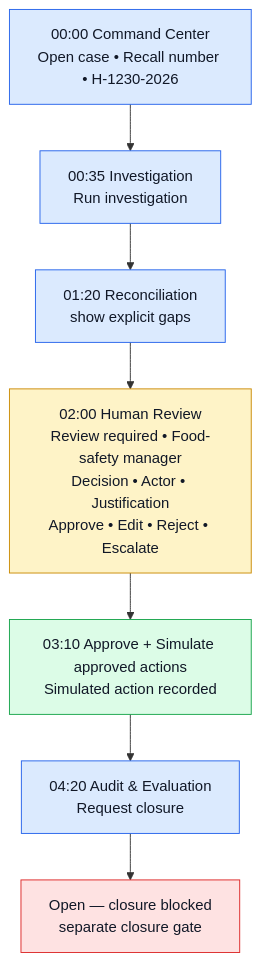
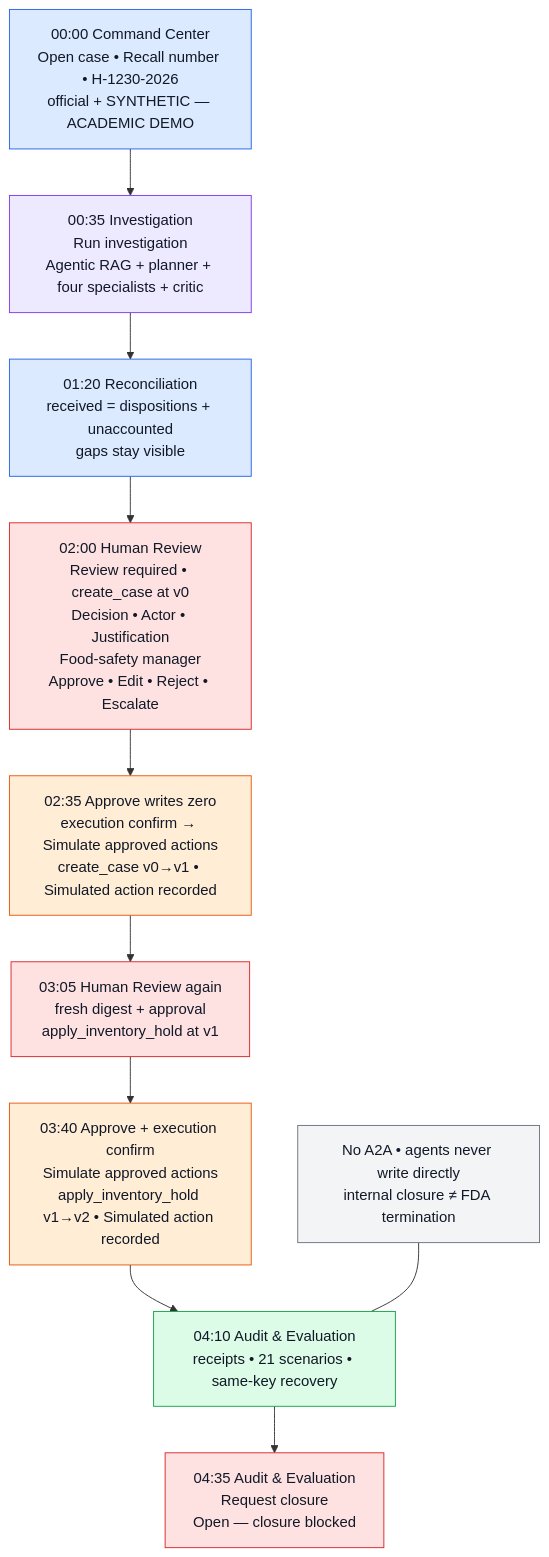
The diagram in docs/images/07_demo_story.mmd (nagarjunakanamarlapudi/reacall-agents), drawn with Mermaid before and after one commit. The commit also changed 34 other files, not shown here.

```diff
--- a/docs/images/07_demo_story.mmd
+++ b/docs/images/07_demo_story.mmd
@@ -1,11 +1,20 @@
 flowchart TB
   classDef step fill:#dbeafe,stroke:#2563eb,color:#111827
-  classDef human fill:#fef3c7,stroke:#ca8a04,color:#111827
+  classDef agent fill:#ede9fe,stroke:#7c3aed,color:#111827
+  classDef human fill:#fee2e2,stroke:#dc2626,color:#111827
+  classDef action fill:#ffedd5,stroke:#ea580c,color:#111827
   classDef safe fill:#dcfce7,stroke:#16a34a,color:#111827
-  classDef block fill:#fee2e2,stroke:#dc2626,color:#111827
-  A["00:00 Command Center<br/>Open case • Recall number • H-1230-2026"]:::step --> B["00:35 Investigation<br/>Run investigation"]:::step
-  B --> C["01:20 Reconciliation<br/>show explicit gaps"]:::step
-  C --> D["02:00 Human Review<br/>Review required • Food-safety manager<br/>Decision • Actor • Justification<br/>Approve • Edit • Reject • Escalate"]:::human
-  D --> E["03:10 Approve + Simulate approved actions<br/>Simulated action recorded"]:::safe
-  E --> F["04:20 Audit & Evaluation<br/>Request closure"]:::step
-  F --> G["Open — closure blocked<br/>separate closure gate"]:::block
+  classDef block fill:#f3f4f6,stroke:#6b7280,color:#111827
+
+  A["00:00 Command Center<br/>Open case • Recall number • H-1230-2026<br/>official + SYNTHETIC — ACADEMIC DEMO"]:::step
+  B["00:35 Investigation<br/>Run investigation<br/>Agentic RAG + planner + four specialists + critic"]:::agent
+  C["01:20 Reconciliation<br/>received = dispositions + unaccounted<br/>gaps stay visible"]:::step
+  D["02:00 Human Review<br/>Review required • create_case at v0<br/>Decision • Actor • Justification<br/>Food-safety manager<br/>Approve • Edit • Reject • Escalate"]:::human
+  E["02:35 Approve writes zero<br/>execution confirm → Simulate approved actions<br/>create_case v0→v1 • Simulated action recorded"]:::action
+  F["03:05 Human Review again<br/>fresh digest + approval<br/>apply_inventory_hold at v1"]:::human
+  G["03:40 Approve + execution confirm<br/>Simulate approved actions<br/>apply_inventory_hold v1→v2 • Simulated action recorded"]:::action
+  H["04:10 Audit & Evaluation<br/>receipts • 21 scenarios • same-key recovery"]:::safe
+  I["04:35 Audit & Evaluation<br/>Request closure<br/>Open — closure blocked"]:::human
+
+  A --> B --> C --> D --> E --> F --> G --> H --> I
+  NOTE["No A2A • agents never write directly<br/>internal closure ≠ FDA termination"]:::block --- H
```
